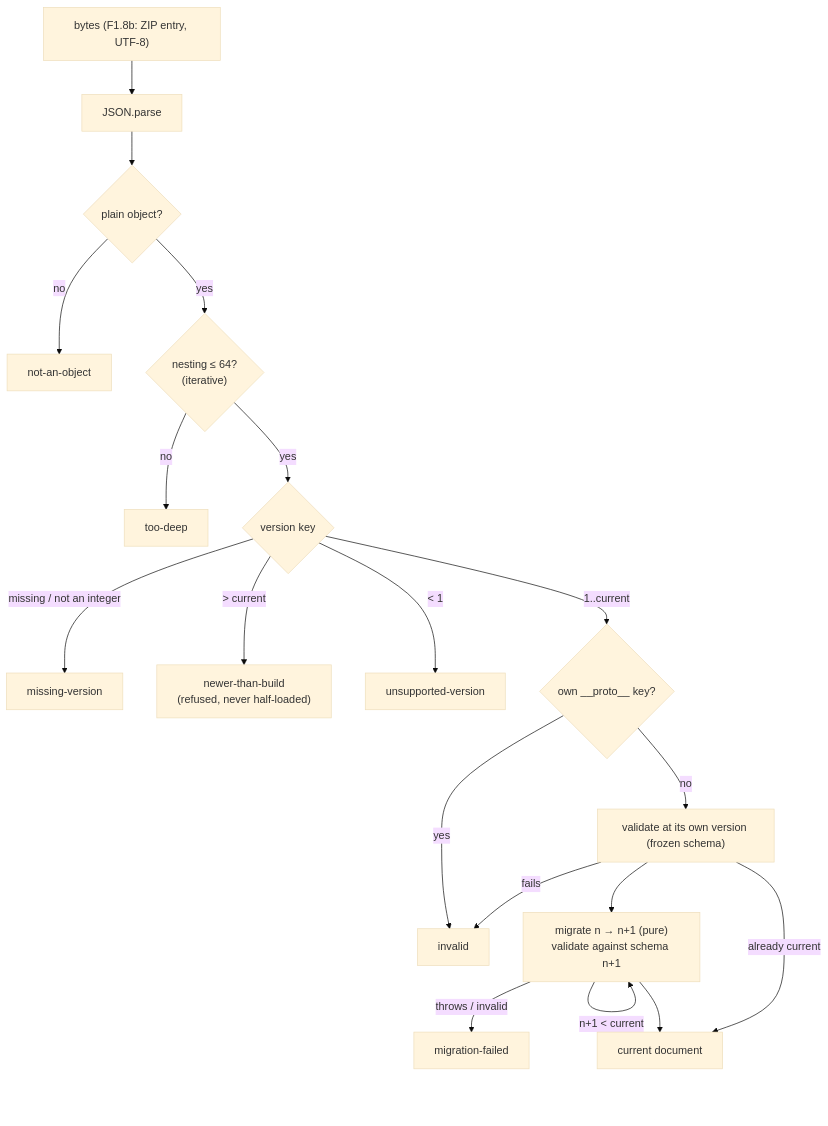
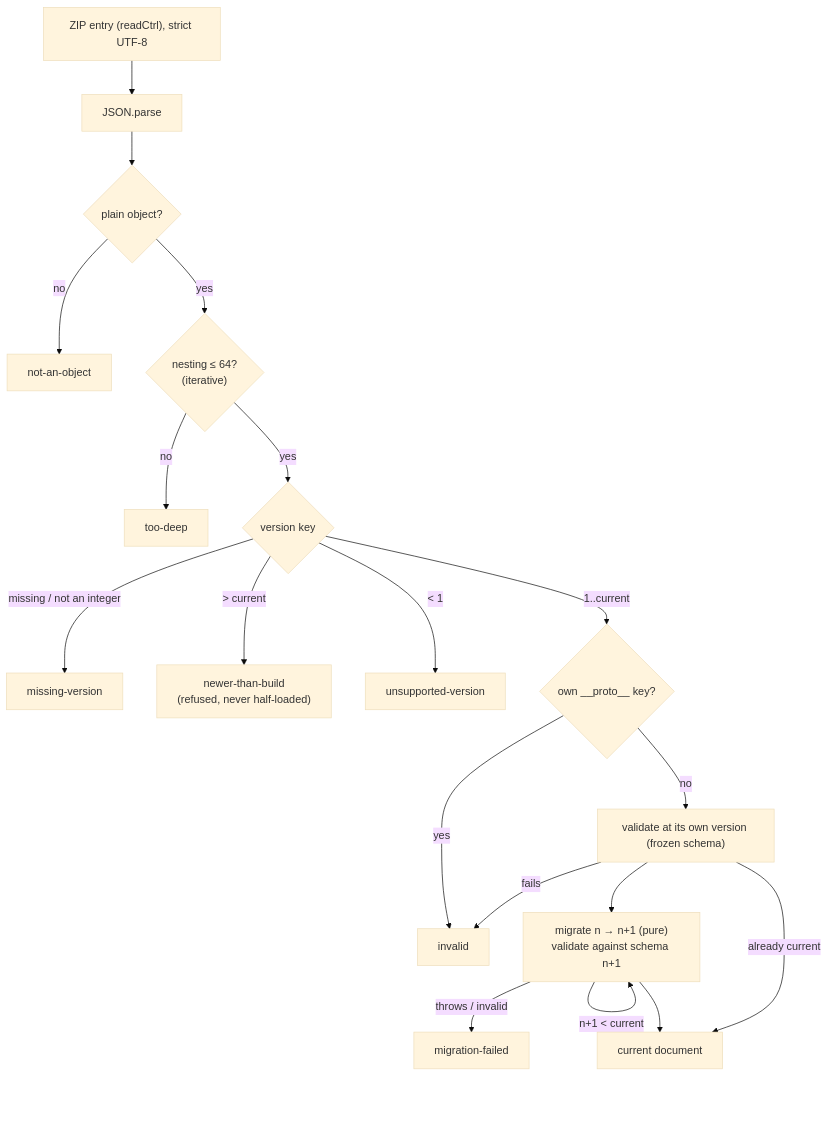
Before and after one commit to joebarbere/controls: the fifth of 6 diagrams in docs/architecture/world-and-saves.md, drawn with Mermaid (base theme). The commit also changed other lines of this file and 42 other files, not shown here.

````diff
--- a/docs/architecture/world-and-saves.md
+++ b/docs/architecture/world-and-saves.md
@@ -106,21 +175,21 @@
 ```mermaid
 flowchart TD
-    BYTES["bytes (F1.8b: ZIP entry, UTF-8)"] --> PARSE["JSON.parse"]
+    BYTES["ZIP entry (readCtrl), strict UTF-8"] --> PARSE["JSON.parse"]
     PARSE --> OBJ{"plain object?"}
     OBJ -- no --> E1["not-an-object"]
     OBJ -- yes --> DEPTH{"nesting ≤ 64?<br/>(iterative)"}
     DEPTH -- no --> E2["too-deep"]
     DEPTH -- yes --> VER{"version key"}
     VER -- "missing / not an integer" --> E3["missing-version"]
     VER -- "> current" --> E4["newer-than-build<br/>(refused, never half-loaded)"]
     VER -- "< 1" --> E5["unsupported-version"]
     VER -- "1..current" --> PROTO{"own __proto__ key?"}
     PROTO -- yes --> E6["invalid"]
     PROTO -- no --> V0["validate at its own version (frozen schema)"]
     V0 -- fails --> E6
     V0 --> STEP["migrate n → n+1 (pure)<br/>validate against schema n+1"]
     STEP -- "throws / invalid" --> E7["migration-failed"]
     STEP -- "n+1 < current" --> STEP
     STEP --> OK["current document"]
     V0 -- "already current" --> OK
 ```
````
